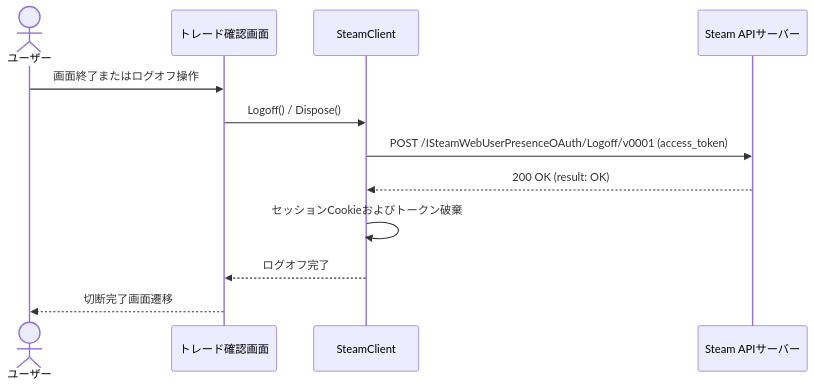
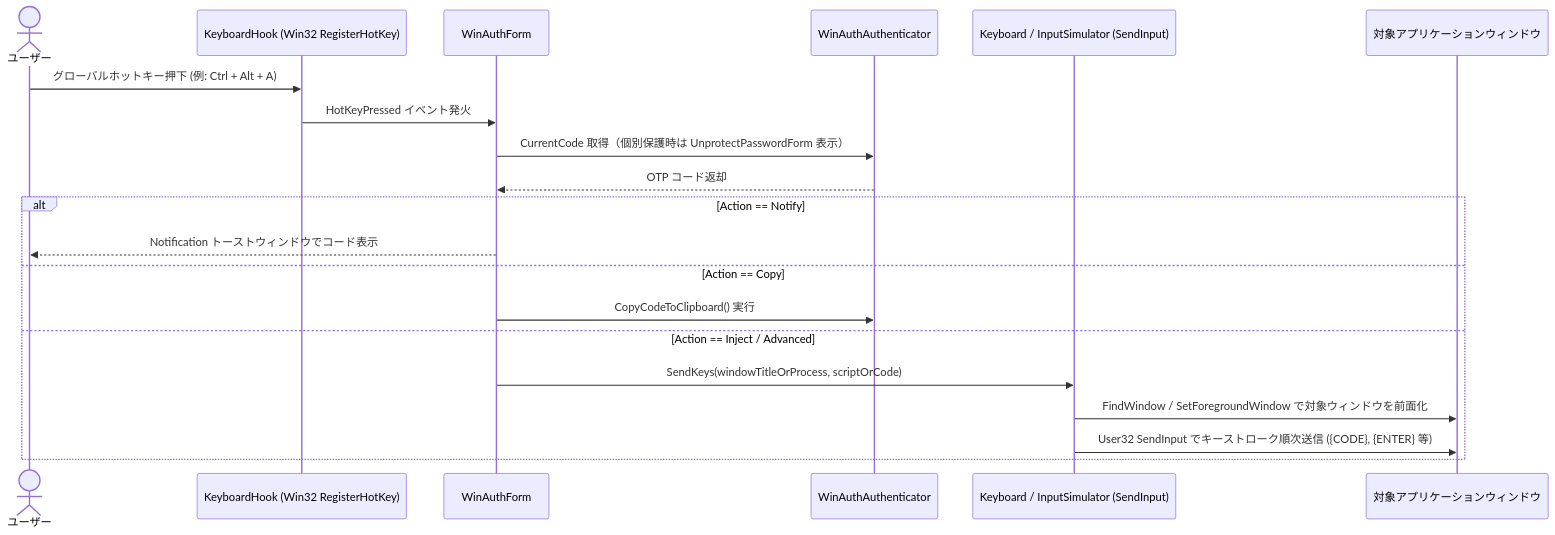
The sixth of 6 diagrams in .gear/3_詳細設計/33_シーケンス図.md (CTD-Networks-CO-LTD/winauth), drawn with Mermaid before and after one commit. The commit also changed other lines of this file and 21 other files, not shown here.

````diff
--- a/.gear/3_詳細設計/33_シーケンス図.md
+++ b/.gear/3_詳細設計/33_シーケンス図.md
@@ -179,14 +190,23 @@
 ```mermaid
 sequenceDiagram
-    actor user as ユーザー
-    participant tradeForm as トレード確認画面
-    participant steamClient as SteamClient
-    participant steamApi as Steam APIサーバー
-    user->>tradeForm: 画面終了またはログオフ操作
-    tradeForm->>steamClient: Logoff() / Dispose()
-    steamClient->>steamApi: POST /ISteamWebUserPresenceOAuth/Logoff/v0001 (access_token)
-    steamApi-->>steamClient: 200 OK (result: OK)
-    steamClient->>steamClient: セッションCookieおよびトークン破棄
-    steamClient-->>tradeForm: ログオフ完了
-    tradeForm-->>user: 切断完了画面遷移
+    actor User as ユーザー
+    participant Hook as KeyboardHook (Win32 RegisterHotKey)
+    participant Main as WinAuthForm
+    participant Wrapper as WinAuthAuthenticator
+    participant Kbd as Keyboard / InputSimulator (SendInput)
+    participant Target as 対象アプリケーションウィンドウ
+
+    User->>Hook: グローバルホットキー押下 (例: Ctrl + Alt + A)
+    Hook->>Main: HotKeyPressed イベント発火
+    Main->>Wrapper: CurrentCode 取得（個別保護時は UnprotectPasswordForm 表示）
+    Wrapper-->>Main: OTP コード返却
+    alt Action == Notify
+        Main-->>User: Notification トーストウィンドウでコード表示
+    else Action == Copy
+        Main->>Wrapper: CopyCodeToClipboard() 実行
+    else Action == Inject / Advanced
+        Main->>Kbd: SendKeys(windowTitleOrProcess, scriptOrCode)
+        Kbd->>Target: FindWindow / SetForegroundWindow で対象ウィンドウを前面化
+        Kbd->>Target: User32 SendInput でキーストローク順次送信 ({CODE}, {ENTER} 等)
+    end
 ```
````
